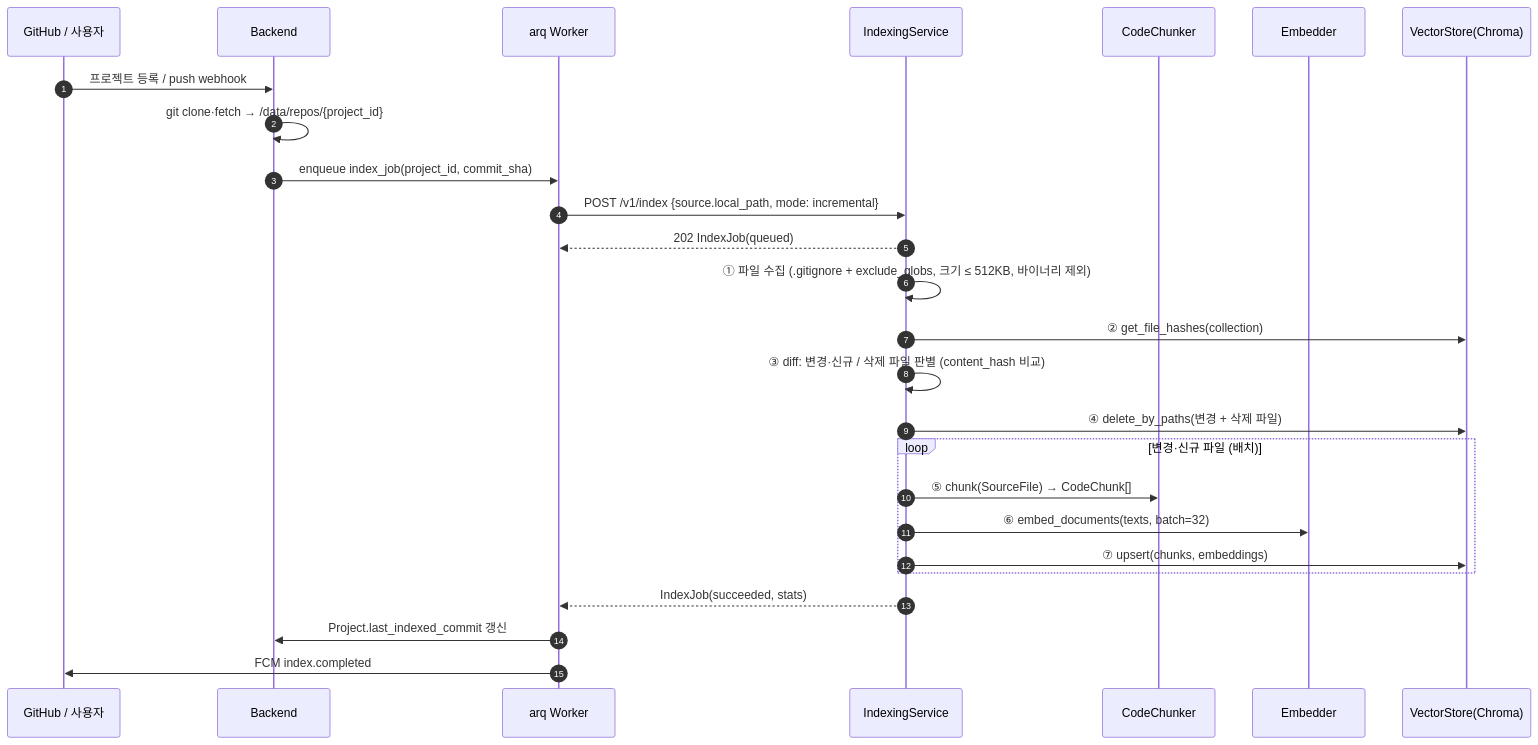
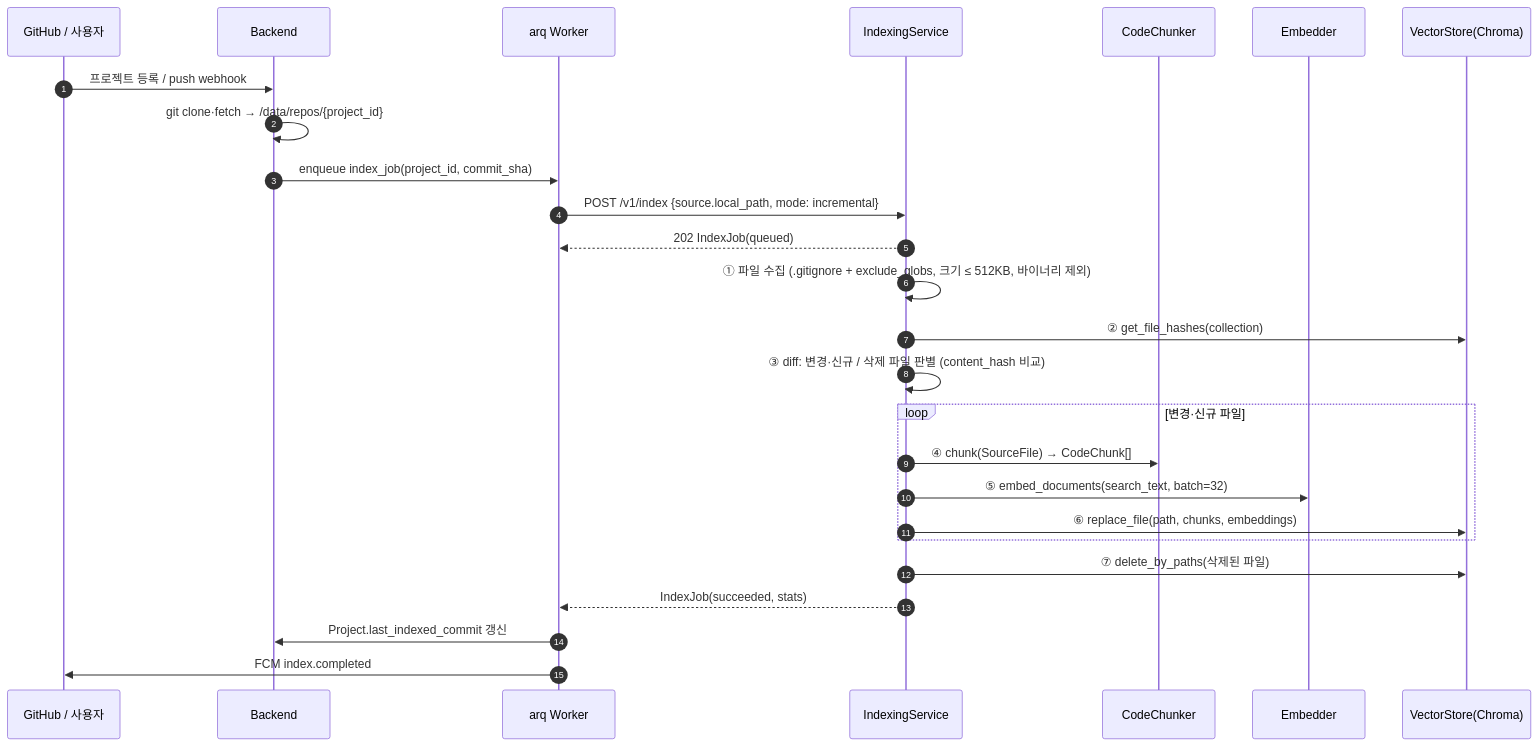
Before and after one commit to SeoYoonLim/code-ai-platform: the third of 5 diagrams in docs/architecture/02-data-flow.md, drawn with Mermaid. The commit also changed other lines of this file and 8 other files, not shown here.

First line of the commit message:
T-107: design — VectorStore.replace_file, SourceScanner port, indexing models, ADR-0005, card

````diff
--- a/docs/architecture/02-data-flow.md
+++ b/docs/architecture/02-data-flow.md
@@ -140,29 +140,29 @@
 ```mermaid
 sequenceDiagram
     autonumber
     participant GH as GitHub / 사용자
     participant BE as Backend
     participant WK as arq Worker
     participant IS as IndexingService
     participant CK as CodeChunker
     participant EM as Embedder
     participant VS as VectorStore(Chroma)
 
     GH->>BE: 프로젝트 등록 / push webhook
     BE->>BE: git clone·fetch → /data/repos/{project_id}
     BE->>WK: enqueue index_job(project_id, commit_sha)
     WK->>IS: POST /v1/index {source.local_path, mode: incremental}
     IS-->>WK: 202 IndexJob(queued)
     IS->>IS: ① 파일 수집 (.gitignore + exclude_globs, 크기 ≤ 512KB, 바이너리 제외)
     IS->>VS: ② get_file_hashes(collection)
     IS->>IS: ③ diff: 변경·신규 / 삭제 파일 판별 (content_hash 비교)
-    IS->>VS: ④ delete_by_paths(변경 + 삭제 파일)
-    loop 변경·신규 파일 (배치)
-        IS->>CK: ⑤ chunk(SourceFile) → CodeChunk[]
-        IS->>EM: ⑥ embed_documents(texts, batch=32)
-        IS->>VS: ⑦ upsert(chunks, embeddings)
+    loop 변경·신규 파일
+        IS->>CK: ④ chunk(SourceFile) → CodeChunk[]
+        IS->>EM: ⑤ embed_documents(search_text, batch=32)
+        IS->>VS: ⑥ replace_file(path, chunks, embeddings)
     end
+    IS->>VS: ⑦ delete_by_paths(삭제된 파일)
     IS-->>WK: IndexJob(succeeded, stats)
     WK->>BE: Project.last_indexed_commit 갱신
     WK->>GH: FCM index.completed
 ```
````
